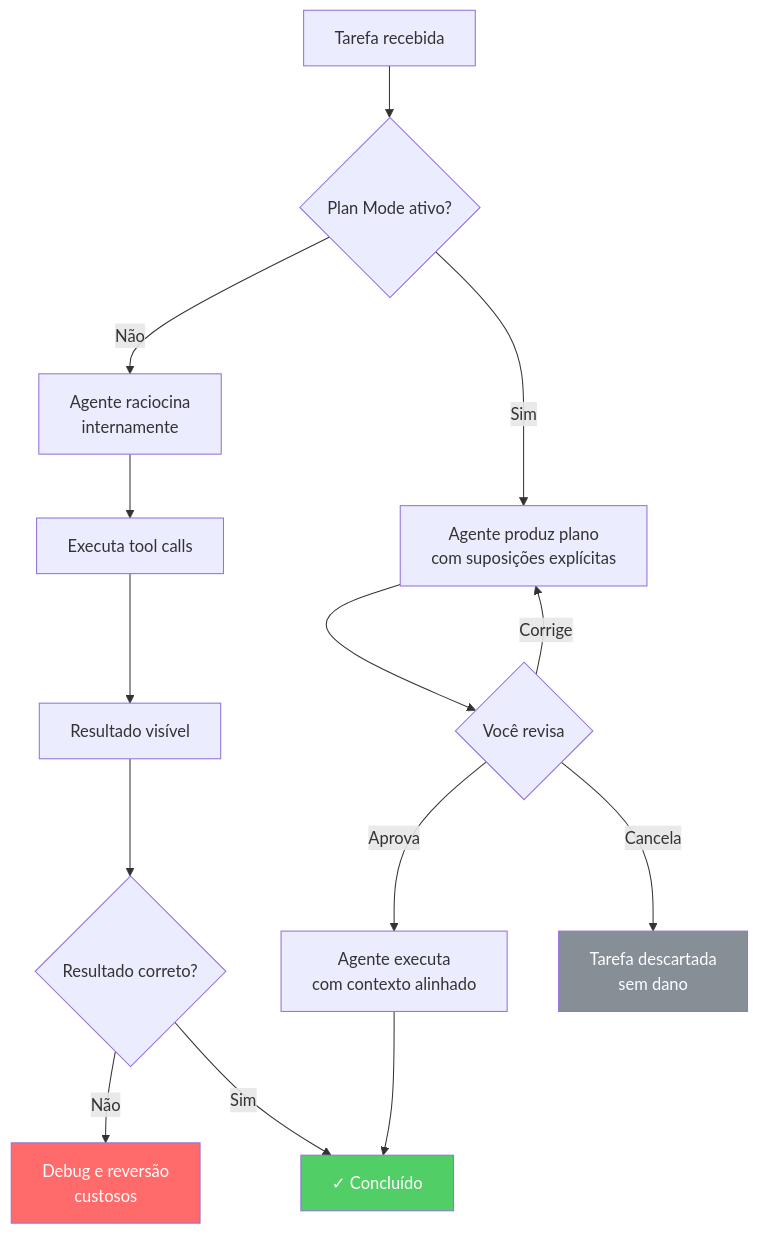
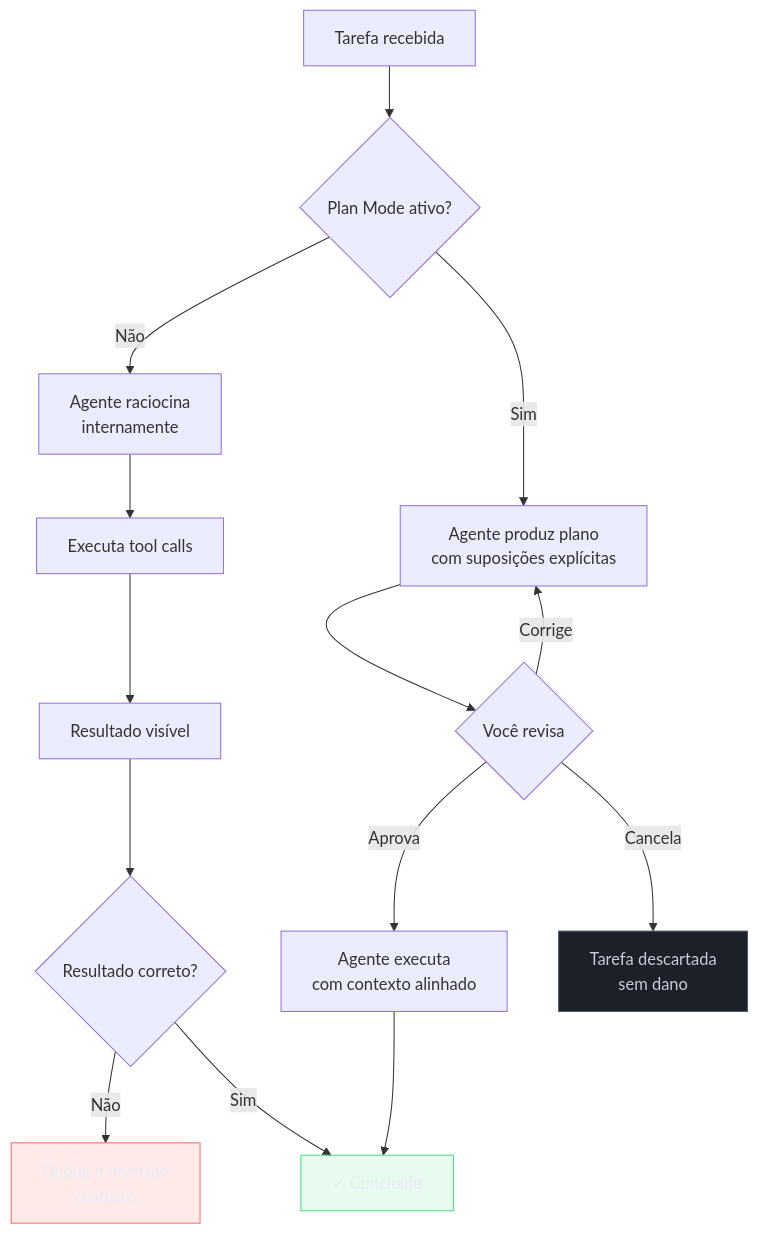
The diagram in 03-Dominios/Tecnologia/IA/Claude Code/Workflows/01 - Plan Mode.md (josenaldo/codex-technomanticus), drawn with Mermaid before and after one commit. The commit also changed 1181 other files, not shown here.

First line of the commit message:
fix(diagramas): paleta do sistema no lugar de cor cravada no markdown

````diff
--- a/03-Dominios/Tecnologia/IA/Claude Code/Workflows/01 - Plan Mode.md
+++ b/03-Dominios/Tecnologia/IA/Claude Code/Workflows/01 - Plan Mode.md
@@ -50,22 +50,25 @@
 ```mermaid
 flowchart TD
+    classDef falha fill:#FF6B6B24,stroke:#FF6B6B,color:#E9ECF2
+    classDef ok fill:#4ADE8021,stroke:#4ADE80,color:#E9ECF2
+    classDef neutro fill:#1B2029,stroke:#4E5666,color:#C6CCD8
     A[Tarefa recebida] --> B{Plan Mode ativo?}
 
     B -- Não --> C[Agente raciocina<br/>internamente]
     C --> D[Executa tool calls]
     D --> E[Resultado visível]
     E --> F{Resultado correto?}
     F -- Não --> G[Debug e reversão<br/>custosos]
     F -- Sim --> H[✓ Concluído]
 
     B -- Sim --> I[Agente produz plano<br/>com suposições explícitas]
     I --> J{Você revisa}
     J -- Aprova --> K[Agente executa<br/>com contexto alinhado]
     K --> H
     J -- Corrige --> I
     J -- Cancela --> L[Tarefa descartada<br/>sem dano]
 
-    style G fill:#ff6b6b,color:#fff
-    style H fill:#51cf66,color:#fff
-    style L fill:#868e96,color:#fff
+    class G falha
+    class H ok
+    class L neutro
 ```
````
